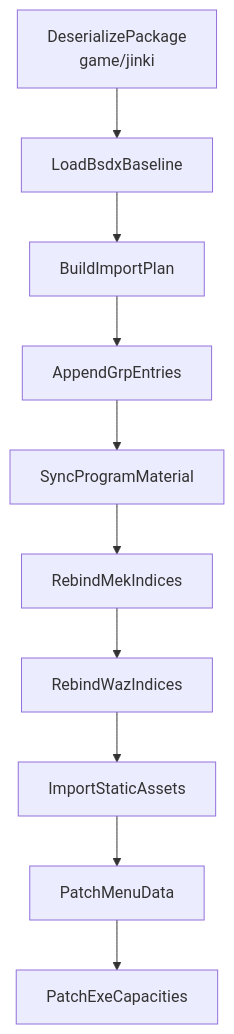
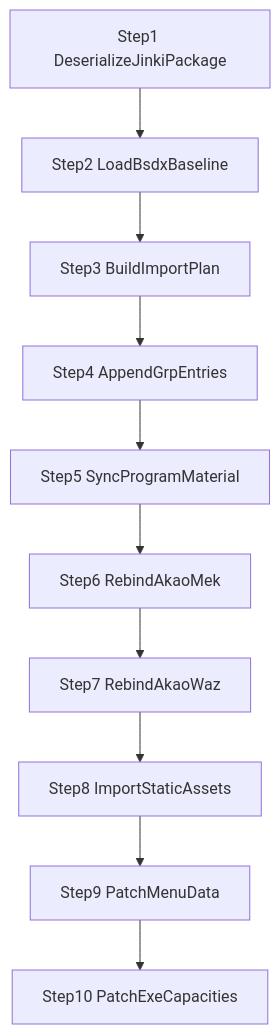
Before and after one commit to Karaik/NeXAS_DX: the diagram in src/main/java/com/giga/nexas/transfer/jinki2bsdx/README.md, drawn with Mermaid. The commit also changed other lines of this file and 19 other files, not shown here.

````diff
--- a/src/main/java/com/giga/nexas/transfer/jinki2bsdx/README.md
+++ b/src/main/java/com/giga/nexas/transfer/jinki2bsdx/README.md
@@ -135,12 +106,12 @@
 ```mermaid
 flowchart TB
-    A[DeserializePackage<br/>game/jinki] --> B[LoadBsdxBaseline]
-    B --> C[BuildImportPlan]
-    C --> D[AppendGrpEntries]
-    D --> E[SyncProgramMaterial]
-    E --> F[RebindMekIndices]
-    F --> G[RebindWazIndices]
-    G --> H[ImportStaticAssets]
-    H --> I[PatchMenuData]
-    I --> J[PatchExeCapacities]
+    A[Step1 DeserializeJinkiPackage] --> B[Step2 LoadBsdxBaseline]
+    B --> C[Step3 BuildImportPlan]
+    C --> D[Step4 AppendGrpEntries]
+    D --> E[Step5 SyncProgramMaterial]
+    E --> F[Step6 RebindAkaoMek]
+    F --> G[Step7 RebindAkaoWaz]
+    G --> H[Step8 ImportStaticAssets]
+    H --> I[Step9 PatchMenuData]
+    I --> J[Step10 PatchExeCapacities]
 ```
````
